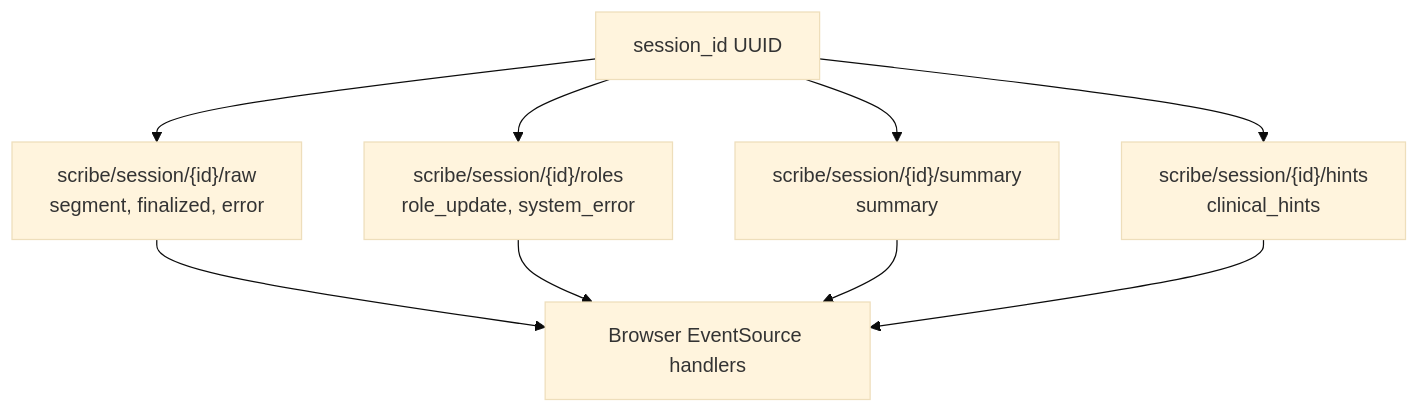
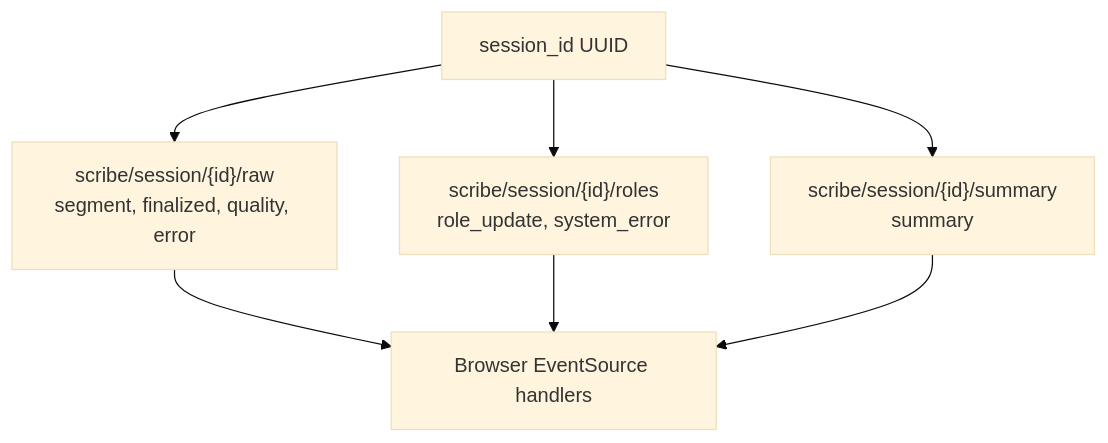
The fifth of 7 diagrams in README_HOW_IT_WORKS.md (blundergoat/ambient-scribe), drawn with Mermaid (base theme) before and after one commit. The commit also changed other lines of this file and 54 other files, not shown here.

````diff
--- a/README_HOW_IT_WORKS.md
+++ b/README_HOW_IT_WORKS.md
@@ -213,14 +234,12 @@
 ```mermaid
 flowchart TB
     Session["session_id UUID"]
-    Raw["scribe/session/{id}/raw\nsegment, finalized, error"]
+    Raw["scribe/session/{id}/raw\nsegment, finalized, quality, error"]
     Roles["scribe/session/{id}/roles\nrole_update, system_error"]
     Summary["scribe/session/{id}/summary\nsummary"]
-    Hints["scribe/session/{id}/hints\nclinical_hints"]
     Browser["Browser EventSource handlers"]
 
     Session --> Raw --> Browser
     Session --> Roles --> Browser
     Session --> Summary --> Browser
-    Session --> Hints --> Browser
 ```
````
